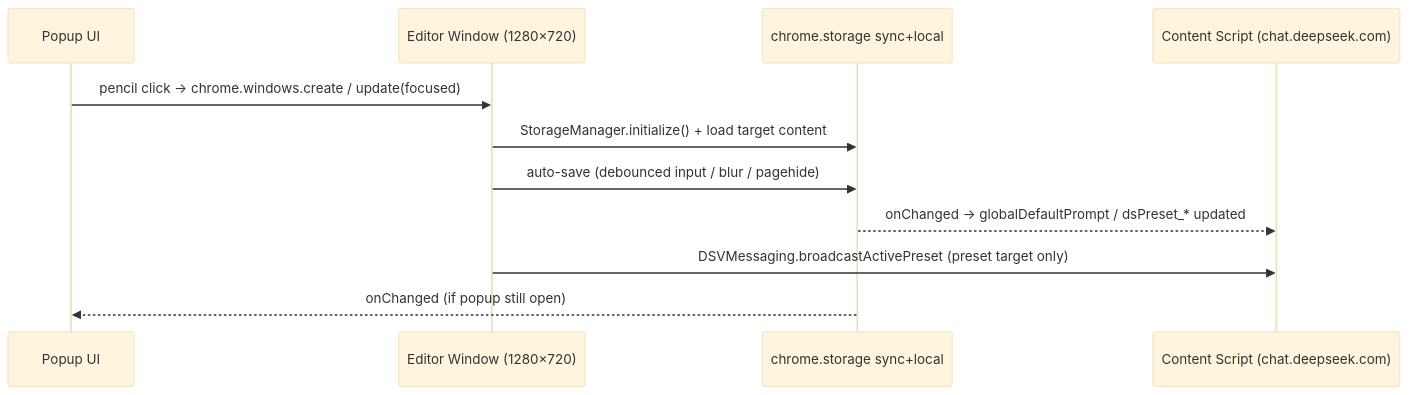
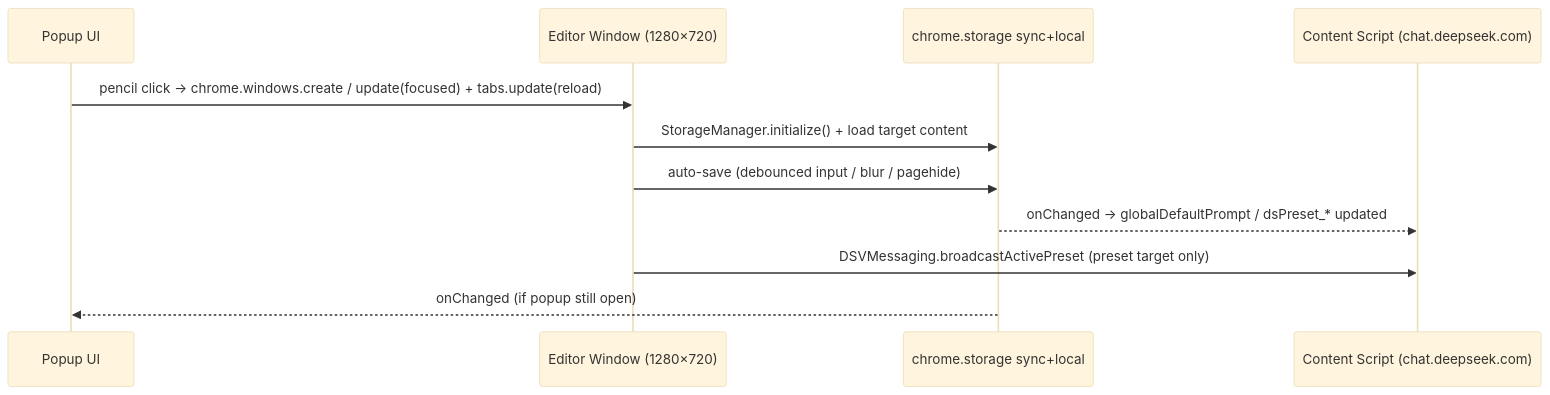
One commit to sov1n14/ds-studio changed the diagram in docs/architecture/POPUP.md. Above: the diagram before and after it, drawn with Mermaid (base theme). The commit also changed other lines of this file and 22 other files, not shown here.

````diff
--- a/docs/architecture/POPUP.md
+++ b/docs/architecture/POPUP.md
@@ -293,14 +292,14 @@
 ```mermaid
 sequenceDiagram
     participant Popup as Popup UI
     participant Editor as Editor Window (1280×720)
     participant Storage as chrome.storage sync+local
     participant Content as Content Script (chat.deepseek.com)
 
-    Popup->>Editor: pencil click → chrome.windows.create / update(focused)
+    Popup->>Editor: pencil click → chrome.windows.create / update(focused) + tabs.update(reload)
     Editor->>Storage: StorageManager.initialize() + load target content
     Editor->>Storage: auto-save (debounced input / blur / pagehide)
     Storage-->>Content: onChanged → globalDefaultPrompt / dsPreset_* updated
     Editor->>Content: DSVMessaging.broadcastActivePreset (preset target only)
     Storage-->>Popup: onChanged (if popup still open)
 ```
````
